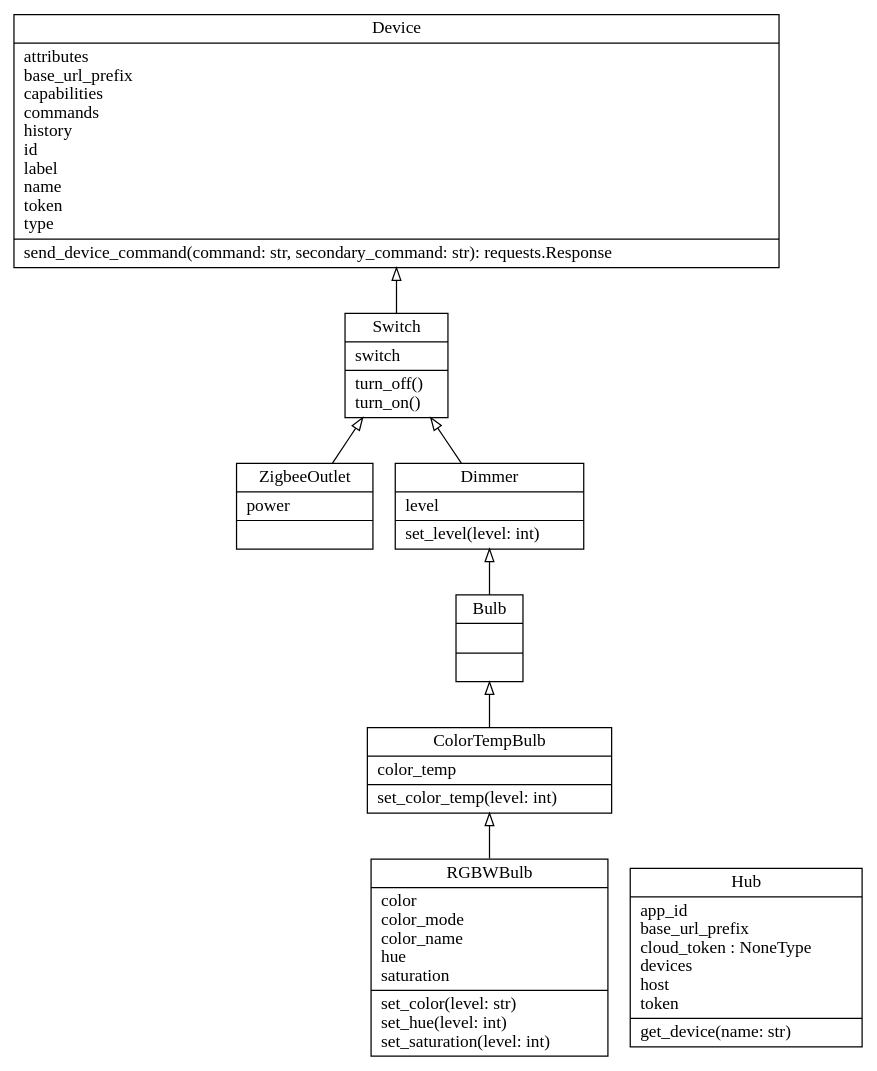
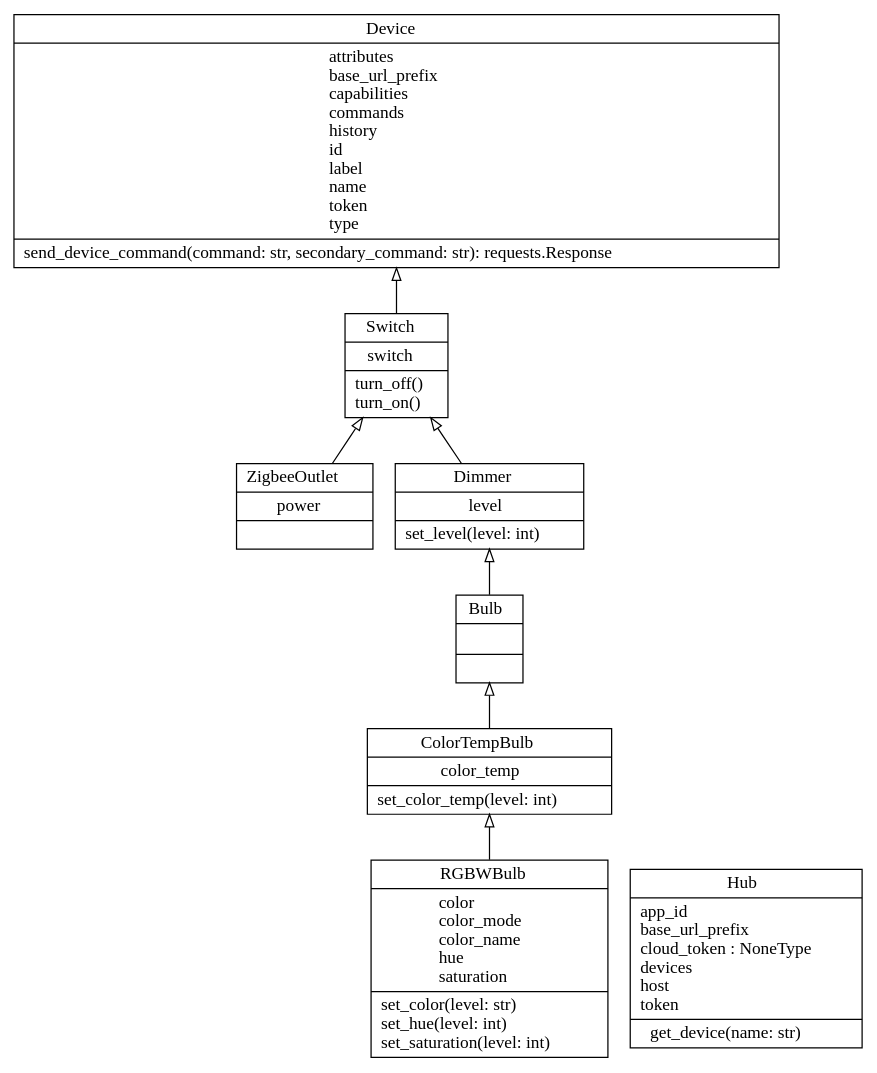
Before and after one commit to Jelloeater/hubitatcontrol: the diagram in docs/classes.dot, drawn with Graphviz. The commit also changed 3 other files, not shown here.

```diff
--- a/docs/classes.dot
+++ b/docs/classes.dot
@@ -1,18 +1,18 @@
 digraph "classes" {
 rankdir=BT
 charset="utf-8"
-"hubitatcontrol.lights.Bulb" [color="black", fontcolor="black", label="{Bulb|\l|}", shape="record", style="solid"];
-"hubitatcontrol.lights.ColorTempBulb" [color="black", fontcolor="black", label="{ColorTempBulb|color_temp\l|set_color_temp(level: int)\l}", shape="record", style="solid"];
-"hubitatcontrol.hub.Device" [color="black", fontcolor="black", label="{Device|attributes\lbase_url_prefix\lcapabilities\lcommands\lhistory\lid\llabel\lname\ltoken\ltype\l|send_device_command(command: str, secondary_command: str): requests.Response\l}", shape="record", style="solid"];
-"hubitatcontrol.lights.Dimmer" [color="black", fontcolor="black", label="{Dimmer|level\l|set_level(level: int)\l}", shape="record", style="solid"];
-"hubitatcontrol.hub.Hub" [color="black", fontcolor="black", label="{Hub|app_id\lbase_url_prefix\lcloud_token : NoneType\ldevices\lhost\ltoken\l|get_device(name: str)\l}", shape="record", style="solid"];
-"hubitatcontrol.lights.RGBWBulb" [color="black", fontcolor="black", label="{RGBWBulb|color\lcolor_mode\lcolor_name\lhue\lsaturation\l|set_color(level: str)\lset_hue(level: int)\lset_saturation(level: int)\l}", shape="record", style="solid"];
-"hubitatcontrol.generic.Switch" [color="black", fontcolor="black", label="{Switch|switch\l|turn_off()\lturn_on()\l}", shape="record", style="solid"];
-"hubitatcontrol.generic.ZigbeeOutlet" [color="black", fontcolor="black", label="{ZigbeeOutlet|power\l|}", shape="record", style="solid"];
+"hubitatcontrol.lights.Bulb" [color="black", fontcolor="black", label=<{Bulb|<br ALIGN="LEFT"/>|}>, shape="record", style="solid"];
+"hubitatcontrol.lights.ColorTempBulb" [color="black", fontcolor="black", label=<{ColorTempBulb|color_temp<br ALIGN="LEFT"/>|set_color_temp(level: int)<br ALIGN="LEFT"/>}>, shape="record", style="solid"];
+"hubitatcontrol.hub.Device" [color="black", fontcolor="black", label=<{Device|attributes<br ALIGN="LEFT"/>base_url_prefix<br ALIGN="LEFT"/>capabilities<br ALIGN="LEFT"/>commands<br ALIGN="LEFT"/>history<br ALIGN="LEFT"/>id<br ALIGN="LEFT"/>label<br ALIGN="LEFT"/>name<br ALIGN="LEFT"/>token<br ALIGN="LEFT"/>type<br ALIGN="LEFT"/>|send_device_command(command: str, secondary_command: str): requests.Response<br ALIGN="LEFT"/>}>, shape="record", style="solid"];
+"hubitatcontrol.lights.Dimmer" [color="black", fontcolor="black", label=<{Dimmer|level<br ALIGN="LEFT"/>|set_level(level: int)<br ALIGN="LEFT"/>}>, shape="record", style="solid"];
+"hubitatcontrol.hub.Hub" [color="black", fontcolor="black", label=<{Hub|app_id<br ALIGN="LEFT"/>base_url_prefix<br ALIGN="LEFT"/>cloud_token : NoneType<br ALIGN="LEFT"/>devices<br ALIGN="LEFT"/>host<br ALIGN="LEFT"/>token<br ALIGN="LEFT"/>|get_device(name: str)<br ALIGN="LEFT"/>}>, shape="record", style="solid"];
+"hubitatcontrol.lights.RGBWBulb" [color="black", fontcolor="black", label=<{RGBWBulb|color<br ALIGN="LEFT"/>color_mode<br ALIGN="LEFT"/>color_name<br ALIGN="LEFT"/>hue<br ALIGN="LEFT"/>saturation<br ALIGN="LEFT"/>|set_color(level: str)<br ALIGN="LEFT"/>set_hue(level: int)<br ALIGN="LEFT"/>set_saturation(level: int)<br ALIGN="LEFT"/>}>, shape="record", style="solid"];
+"hubitatcontrol.generic.Switch" [color="black", fontcolor="black", label=<{Switch|switch<br ALIGN="LEFT"/>|turn_off()<br ALIGN="LEFT"/>turn_on()<br ALIGN="LEFT"/>}>, shape="record", style="solid"];
+"hubitatcontrol.generic.ZigbeeOutlet" [color="black", fontcolor="black", label=<{ZigbeeOutlet|power<br ALIGN="LEFT"/>|}>, shape="record", style="solid"];
 "hubitatcontrol.generic.Switch" -> "hubitatcontrol.hub.Device" [arrowhead="empty", arrowtail="none"];
 "hubitatcontrol.generic.ZigbeeOutlet" -> "hubitatcontrol.generic.Switch" [arrowhead="empty", arrowtail="none"];
 "hubitatcontrol.lights.Bulb" -> "hubitatcontrol.lights.Dimmer" [arrowhead="empty", arrowtail="none"];
 "hubitatcontrol.lights.ColorTempBulb" -> "hubitatcontrol.lights.Bulb" [arrowhead="empty", arrowtail="none"];
 "hubitatcontrol.lights.Dimmer" -> "hubitatcontrol.generic.Switch" [arrowhead="empty", arrowtail="none"];
 "hubitatcontrol.lights.RGBWBulb" -> "hubitatcontrol.lights.ColorTempBulb" [arrowhead="empty", arrowtail="none"];
 }
```
